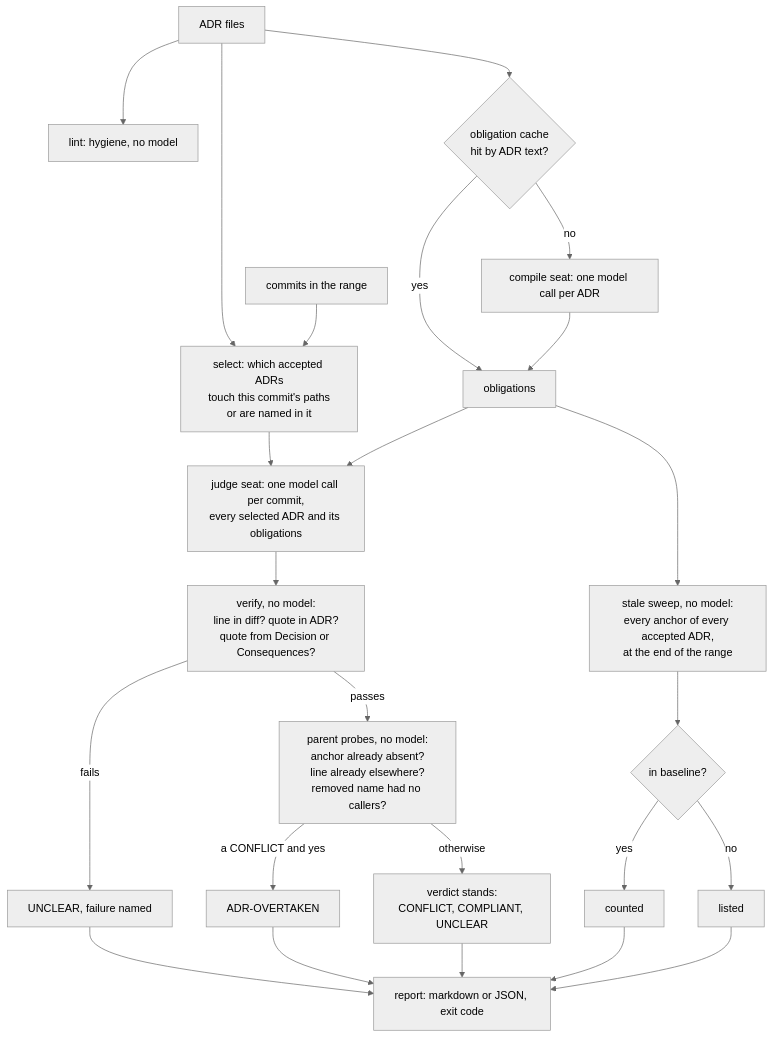
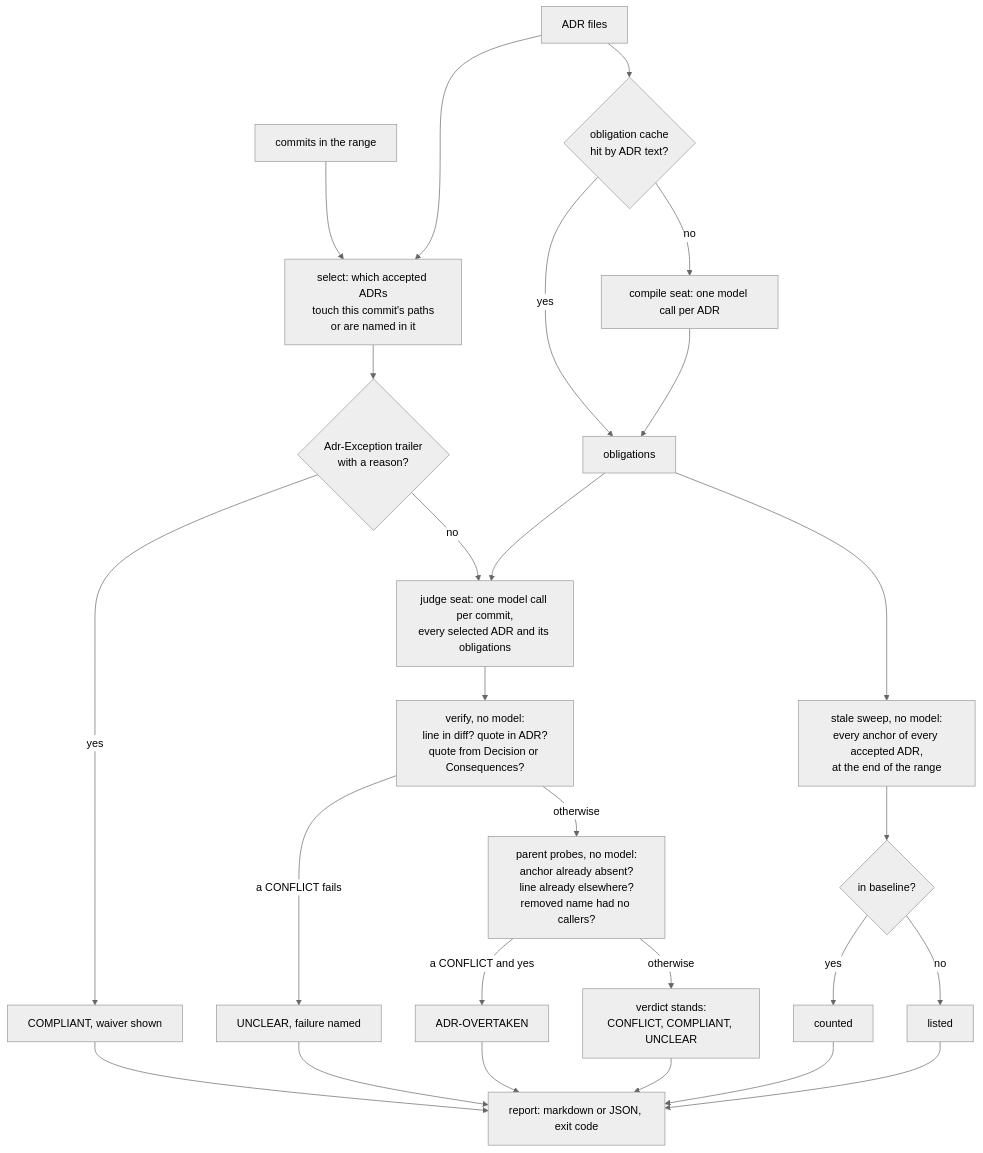
Before and after one commit to kevin-burns/adrcheck: the first of 2 diagrams in docs/workflow.md, drawn with Mermaid (neutral theme). The commit also changed other lines of this file and 4 other files, not shown here.

First line of the commit message:
docs: corrections from review; Python 3.13, unscoped ADRs reach the judge, process checkability, exit codes per command, waiver path in the flow diagram

````diff
--- a/docs/workflow.md
+++ b/docs/workflow.md
@@ -8,25 +8,27 @@
 ```mermaid
 flowchart TD
-    A[ADR files] --> L[lint: hygiene, no model]
-    A --> S[select: which accepted ADRs<br/>touch this commit's paths<br/>or are named in it]
+    A[ADR files] --> S[select: which accepted ADRs<br/>touch this commit's paths<br/>or are named in it]
     C[commits in the range] --> S
     A --> K{obligation cache<br/>hit by ADR text?}
     K -- yes --> O[obligations]
     K -- no --> M1[compile seat: one model call per ADR] --> O
-    S --> J[judge seat: one model call per commit,<br/>every selected ADR and its obligations]
+    S --> X0{Adr-Exception trailer<br/>with a reason?}
+    X0 -- yes --> WV[COMPLIANT, waiver shown]
+    X0 -- no --> J[judge seat: one model call per commit,<br/>every selected ADR and its obligations]
     O --> J
     J --> V[verify, no model:<br/>line in diff? quote in ADR?<br/>quote from Decision or Consequences?]
-    V -- fails --> U[UNCLEAR, failure named]
-    V -- passes --> P[parent probes, no model:<br/>anchor already absent?<br/>line already elsewhere?<br/>removed name had no callers?]
+    V -- a CONFLICT fails --> U[UNCLEAR, failure named]
+    V -- otherwise --> P[parent probes, no model:<br/>anchor already absent?<br/>line already elsewhere?<br/>removed name had no callers?]
     P -- a CONFLICT and yes --> T[ADR-OVERTAKEN]
     P -- otherwise --> R[verdict stands:<br/>CONFLICT, COMPLIANT, UNCLEAR]
     O --> W[stale sweep, no model:<br/>every anchor of every accepted ADR,<br/>at the end of the range]
     W --> B{in baseline?}
     B -- yes --> Bc[counted]
     B -- no --> Bl[listed]
     U --> X[report: markdown or JSON, exit code]
+    WV --> X
     T --> X
     R --> X
     Bc --> X
     Bl --> X
 ```
````
